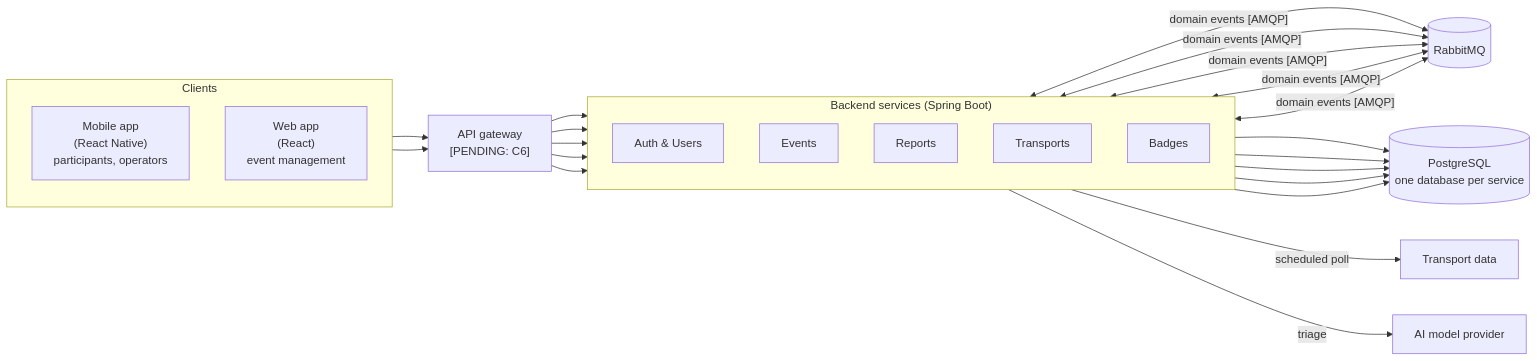
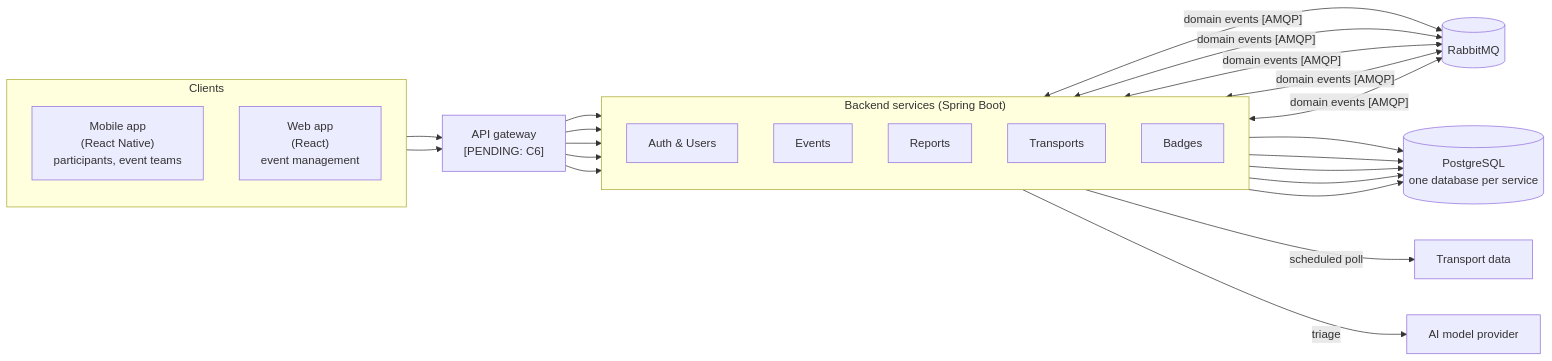
The second of 2 diagrams in Docs/Technical/architecture.md (tomasoliveira21/LABDSOF), drawn with Mermaid before and after one commit. The commit also changed other lines of this file and 10 other files, not shown here.

````diff
--- a/Docs/Technical/architecture.md
+++ b/Docs/Technical/architecture.md
@@ -51,32 +51,32 @@
 ```mermaid
 flowchart LR
     subgraph Clients
         direction TB
-        MOB["Mobile app<br/>(React Native)<br/>participants, operators"]
+        MOB["Mobile app<br/>(React Native)<br/>participants, event teams"]
         WEB["Web app<br/>(React)<br/>event management"]
     end
 
     GW["API gateway<br/>[PENDING: C6]"]
 
     subgraph Backend["Backend services (Spring Boot)"]
         direction TB
         AU["Auth & Users"]
         EV["Events"]
         RE["Reports"]
         TS["Transports"]
         BA["Badges"]
     end
 
     MQ[("RabbitMQ")]
     DBS[("PostgreSQL<br/>one database per service")]
     TR["Transport data"]
     LLM["AI model provider"]
 
     MOB --> GW
     WEB --> GW
     GW --> AU & EV & RE & TS & BA
     AU & EV & RE & TS & BA <-- "domain events [AMQP]" --> MQ
     AU & EV & RE & TS & BA --> DBS
     TS -- "scheduled poll" --> TR
     RE -- "triage" --> LLM
 ```
````
